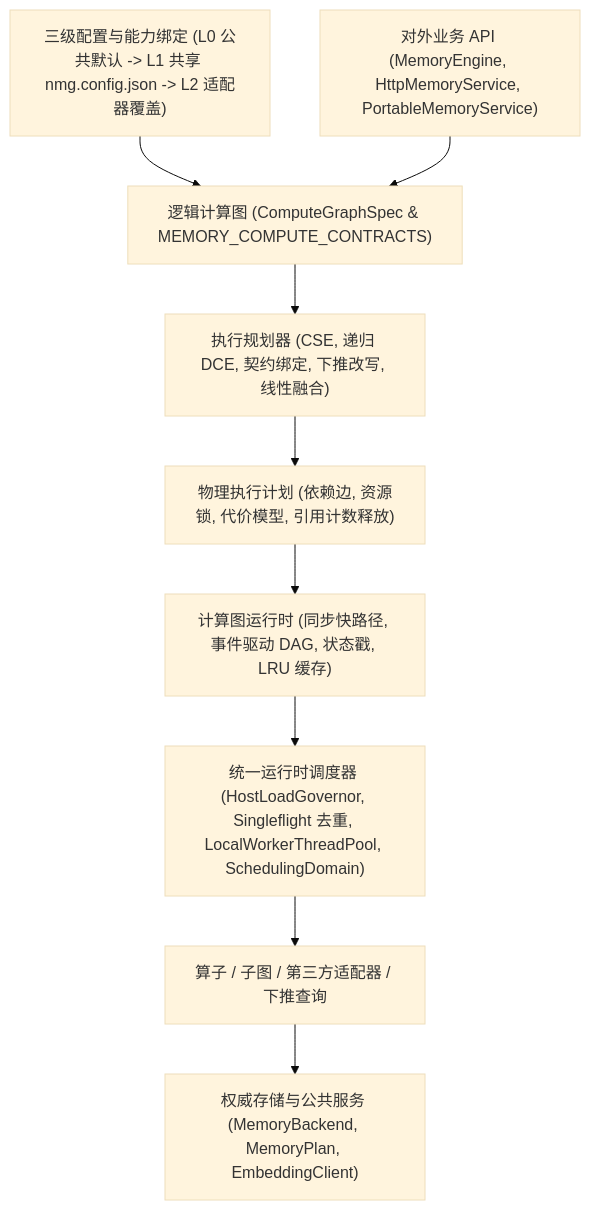
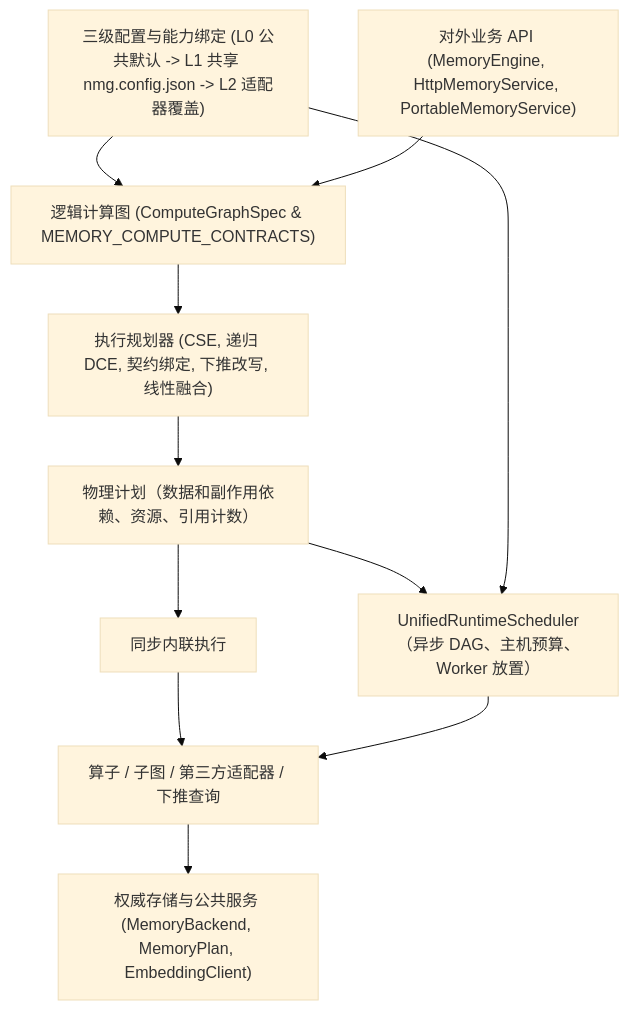
Before and after one commit to wefio/NodeMemoryGraph: the diagram in docs/design/unified-architecture/compute-engine.zh-CN.md, drawn with Mermaid (base theme). The commit also changed other lines of this file and 41 other files, not shown here.

First line of the commit message:
refactor(runtime): converge production compute scheduling and capability binding

````diff
--- a/docs/design/unified-architecture/compute-engine.zh-CN.md
+++ b/docs/design/unified-architecture/compute-engine.zh-CN.md
@@ -12,11 +12,13 @@
 ```mermaid
 flowchart TB
   Config["三级配置与能力绑定 (L0 公共默认 -> L1 共享 nmg.config.json -> L2 适配器覆盖)"] --> Logical
   API["对外业务 API (MemoryEngine, HttpMemoryService, PortableMemoryService)"] --> Logical["逻辑计算图 (ComputeGraphSpec & MEMORY_COMPUTE_CONTRACTS)"]
   Logical --> Planner["执行规划器 (CSE, 递归 DCE, 契约绑定, 下推改写, 线性融合)"]
-  Planner --> Physical["物理执行计划 (依赖边, 资源锁, 代价模型, 引用计数释放)"]
-  Physical --> Runtime["计算图运行时 (同步快路径, 事件驱动 DAG, 状态戳, LRU 缓存)"]
-  Runtime --> Scheduler["统一运行时调度器 (HostLoadGovernor, Singleflight 去重, LocalWorkerThreadPool, SchedulingDomain)"]
+  Planner --> Physical["物理计划（数据和副作用依赖、资源、引用计数）"]
+  Physical --> Inline["同步内联执行"]
+  Physical --> Scheduler["UnifiedRuntimeScheduler（异步 DAG、主机预算、Worker 放置）"]
+  Config --> Scheduler
+  Inline --> Realizations
   Scheduler --> Realizations["算子 / 子图 / 第三方适配器 / 下推查询"]
   Realizations --> Storage["权威存储与公共服务 (MemoryBackend, MemoryPlan, EmbeddingClient)"]
 ```
````
